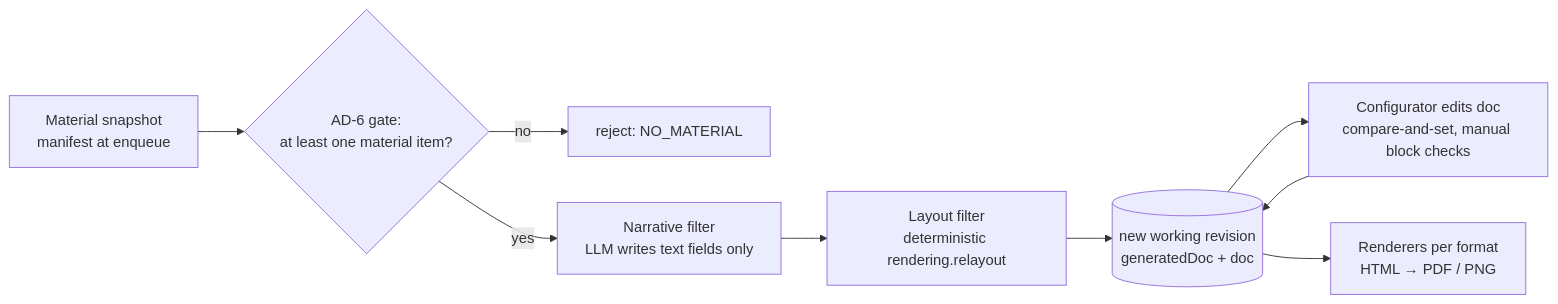
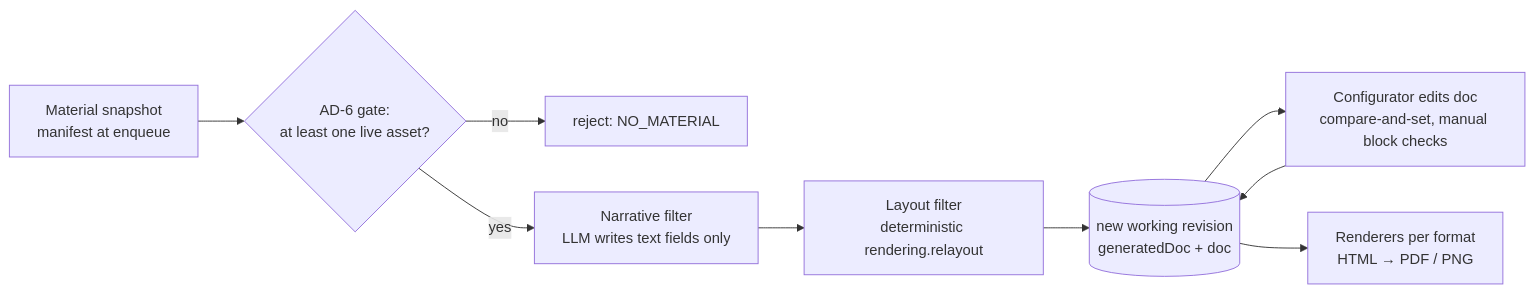
The second of 5 diagrams in _bmad-output/planning-artifacts/architecture/architecture-MAC Recap-2026-10-08/ARCHITECTURE-SPINE.md (mac-sonja/mac-recap), drawn with Mermaid before and after one commit. The commit also changed other lines of this file and 12 other files, not shown here.

````diff
--- a/_bmad-output/planning-artifacts/architecture/architecture-MAC Recap-2026-10-08/ARCHITECTURE-SPINE.md
+++ b/_bmad-output/planning-artifacts/architecture/architecture-MAC Recap-2026-10-08/ARCHITECTURE-SPINE.md
@@ -50,11 +50,11 @@
 ```mermaid
 flowchart LR
-  M[Material snapshot<br/>manifest at enqueue] --> G{AD-6 gate:<br/>at least one material item?}
+  M[Material snapshot<br/>manifest at enqueue] --> G{AD-6 gate:<br/>at least one live asset?}
   G -- no --> X[reject: NO_MATERIAL]
   G -- yes --> N[Narrative filter<br/>LLM writes text fields only]
   N --> L[Layout filter<br/>deterministic rendering.relayout]
   L --> D[(new working revision<br/>generatedDoc + doc)]
   D --> C[Configurator edits doc<br/>compare-and-set, manual block checks]
   C --> D
   D --> R[Renderers per format<br/>HTML → PDF / PNG]
 ```
````
